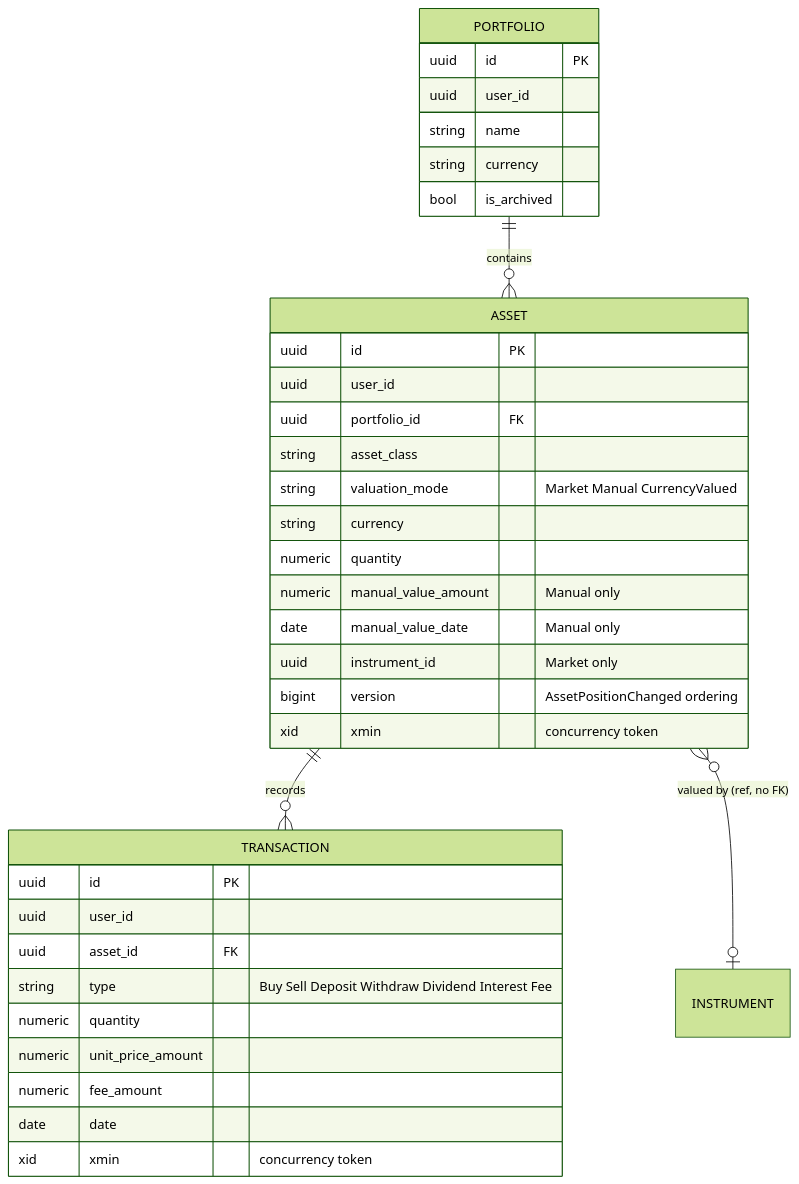
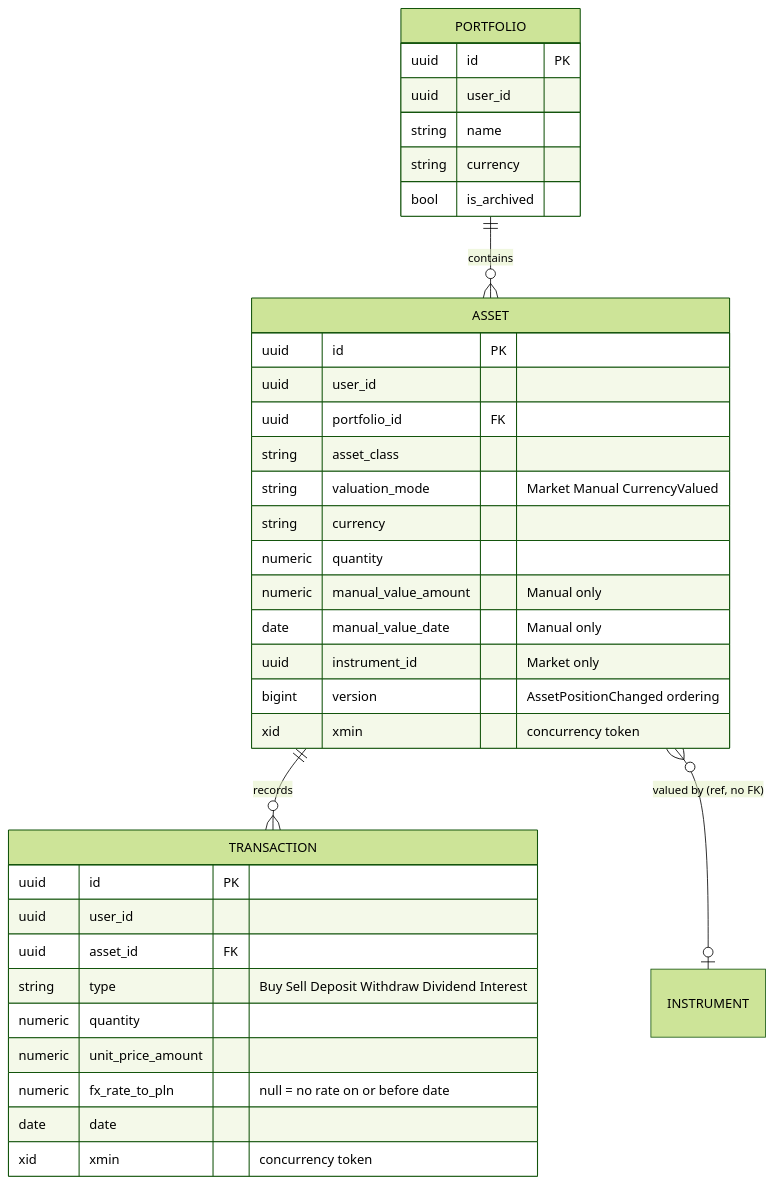
Before and after one commit to Maliniak93/FinMel: the first of 3 diagrams in skarbiec-plan/domain.md, drawn with Mermaid (forest theme). The commit also changed other lines of this file and 78 other files, not shown here.

Commit message:
Transactions table shows currency + PLN value; the Fee field and Fee type are removed (#106)

````diff
--- a/skarbiec-plan/domain.md
+++ b/skarbiec-plan/domain.md
@@ -36,38 +36,38 @@
 ```mermaid
 erDiagram
     PORTFOLIO ||--o{ ASSET : contains
     ASSET ||--o{ TRANSACTION : records
     ASSET }o--o| INSTRUMENT : "valued by (ref, no FK)"
     PORTFOLIO {
         uuid id PK
         uuid user_id
         string name
         string currency
         bool is_archived
     }
     ASSET {
         uuid id PK
         uuid user_id
         uuid portfolio_id FK
         string asset_class
         string valuation_mode "Market Manual CurrencyValued"
         string currency
         numeric quantity
         numeric manual_value_amount "Manual only"
         date manual_value_date "Manual only"
         uuid instrument_id "Market only"
         bigint version "AssetPositionChanged ordering"
         xid xmin "concurrency token"
     }
     TRANSACTION {
         uuid id PK
         uuid user_id
         uuid asset_id FK
-        string type "Buy Sell Deposit Withdraw Dividend Interest Fee"
+        string type "Buy Sell Deposit Withdraw Dividend Interest"
         numeric quantity
         numeric unit_price_amount
-        numeric fee_amount
+        numeric fx_rate_to_pln "null = no rate on or before date"
         date date
         xid xmin "concurrency token"
     }
 ```
````
